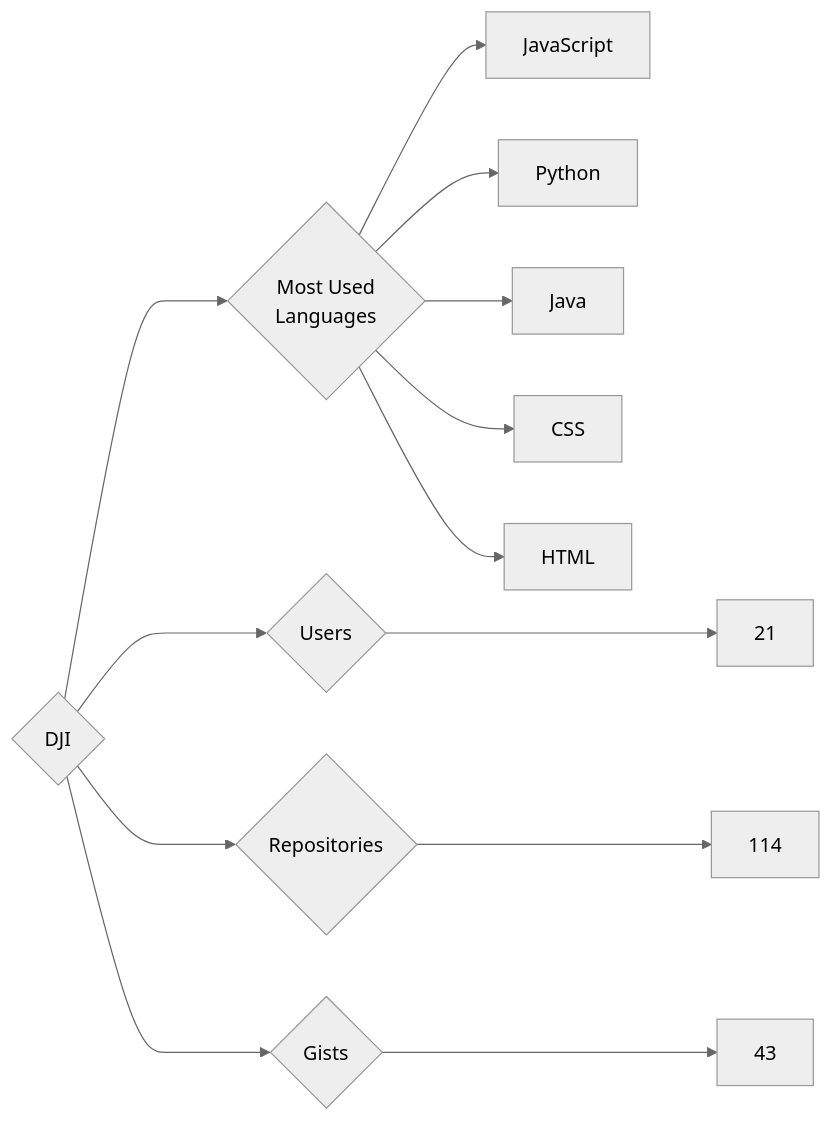
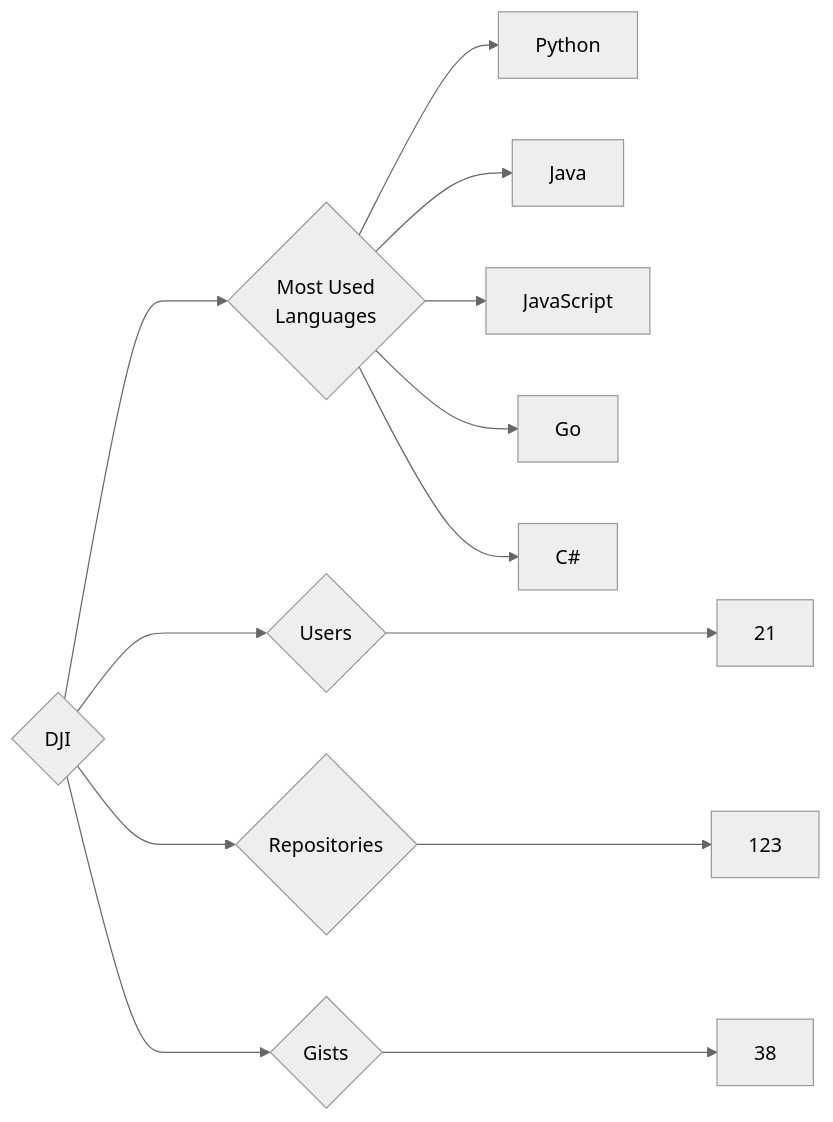
The diagram in targets/DJI/README.md (trickest/insiders), drawn with Mermaid (neutral theme) before and after one commit. The commit also changed 715 other files, not shown here.

````diff
--- a/targets/DJI/README.md
+++ b/targets/DJI/README.md
@@ -3,13 +3,13 @@
 ```mermaid
 graph LR
 COMPANY_NAME{DJI}
 COMPANY_NAME ---> U{Users} ---> UN[21]
-COMPANY_NAME ---> R{Repositories} ---> RN[114]
-COMPANY_NAME ---> G{Gists} ---> GN[43]
+COMPANY_NAME ---> R{Repositories} ---> RN[123]
+COMPANY_NAME ---> G{Gists} ---> GN[38]
 COMPANY_NAME ---> ML{Most Used<br>Languages}
-ML --> JavaScript[JavaScript]
 ML --> Python[Python]
 ML --> Java[Java]
-ML --> CSS[CSS]
-ML --> HTML[HTML]
+ML --> JavaScript[JavaScript]
+ML --> Go[Go]
+ML --> C#[C#]
 ```
````
